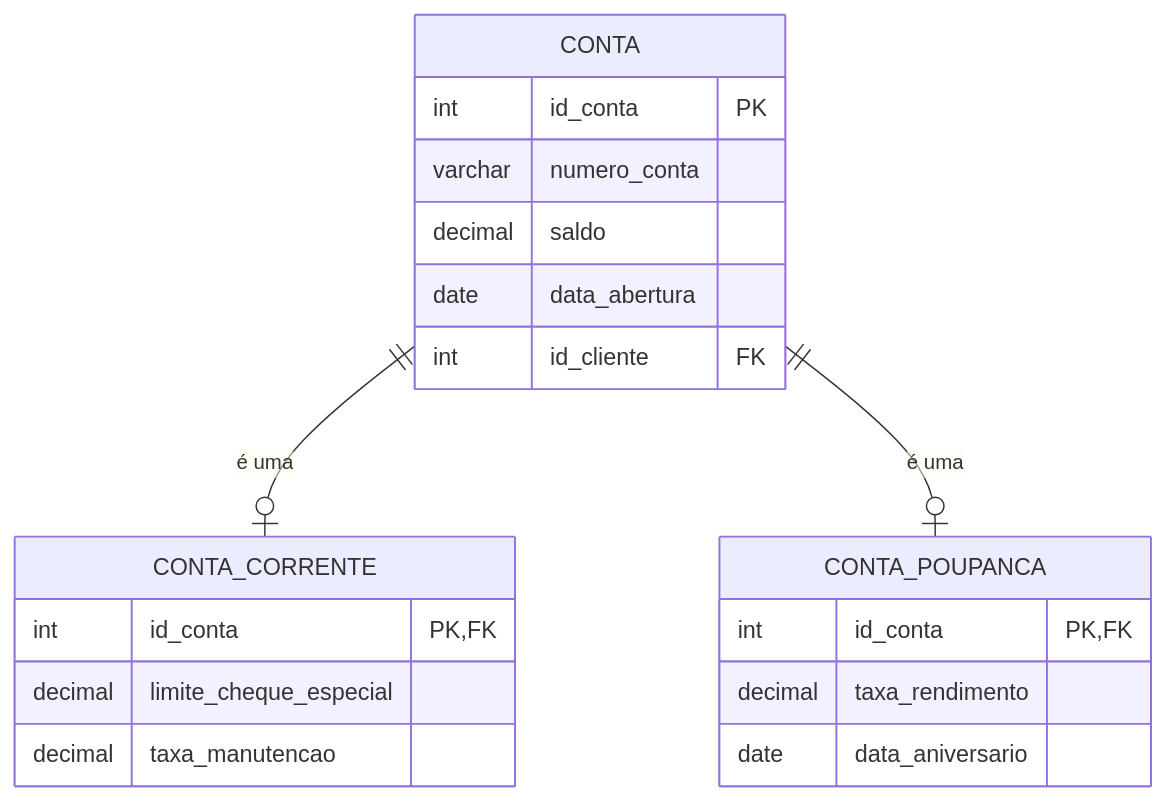
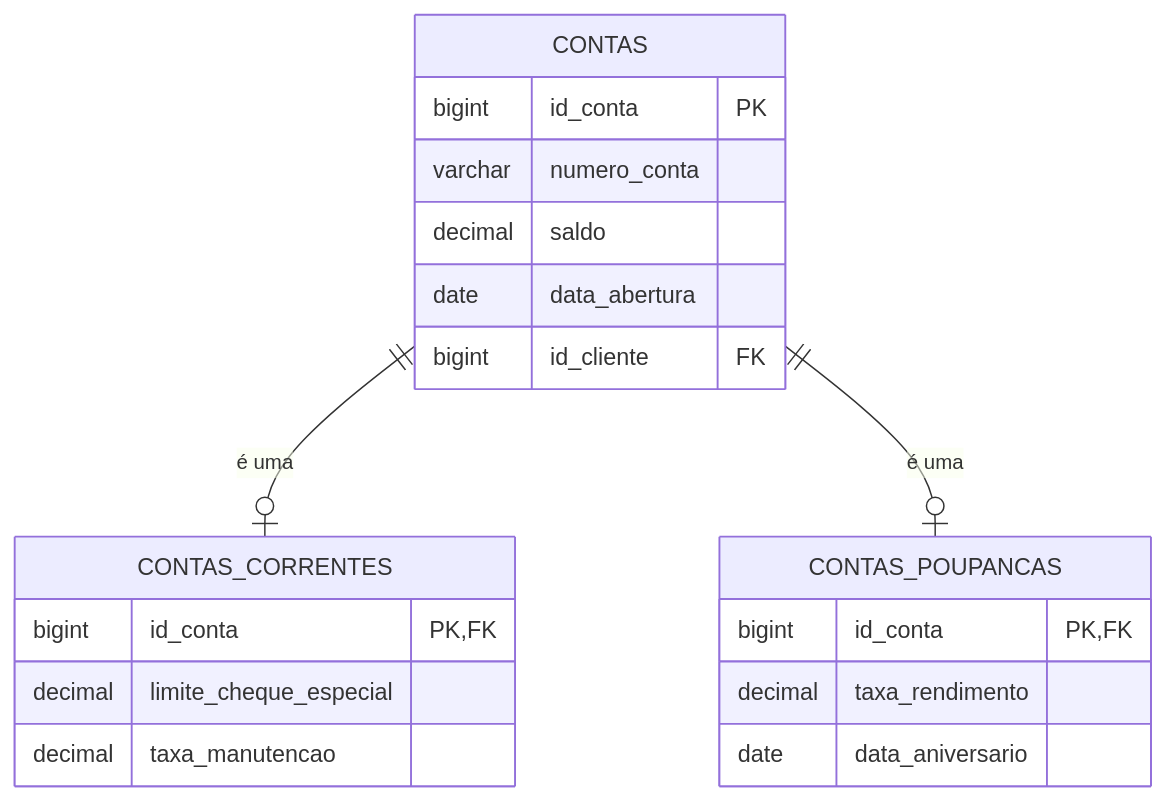
Before and after one commit to DSM-Fatec-Jahu/Banco-de-Dados-Relacional-IBD015: the third of 8 diagrams in aulas/Aula_01_Revisao_Modelagem_Conceitual.md, drawn with Mermaid. The commit also changed other lines of this file, not shown here.

````diff
--- a/aulas/Aula_01_Revisao_Modelagem_Conceitual.md
+++ b/aulas/Aula_01_Revisao_Modelagem_Conceitual.md
@@ -311,25 +311,25 @@
 ```mermaid
 erDiagram
-    CONTA {
-        int id_conta PK
+    CONTAS {
+        bigint id_conta PK
         varchar numero_conta
         decimal saldo
         date data_abertura
-        int id_cliente FK
+        bigint id_cliente FK
     }
 
-    CONTA_CORRENTE {
-        int id_conta PK, FK
+    CONTAS_CORRENTES {
+        bigint id_conta PK, FK
         decimal limite_cheque_especial
         decimal taxa_manutencao
     }
 
-    CONTA_POUPANCA {
-        int id_conta PK, FK
+    CONTAS_POUPANCAS {
+        bigint id_conta PK, FK
         decimal taxa_rendimento
         date data_aniversario
     }
 
-    CONTA ||--o| CONTA_CORRENTE : "é uma"
-    CONTA ||--o| CONTA_POUPANCA : "é uma"
+    CONTAS ||--o| CONTAS_CORRENTES : "é uma"
+    CONTAS ||--o| CONTAS_POUPANCAS : "é uma"
 ```
````
